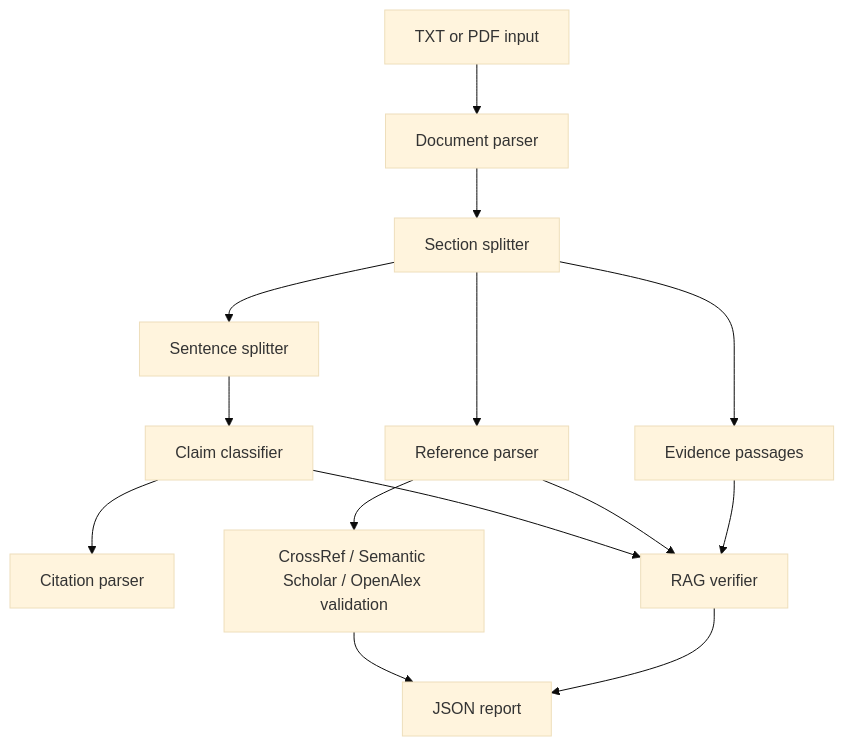
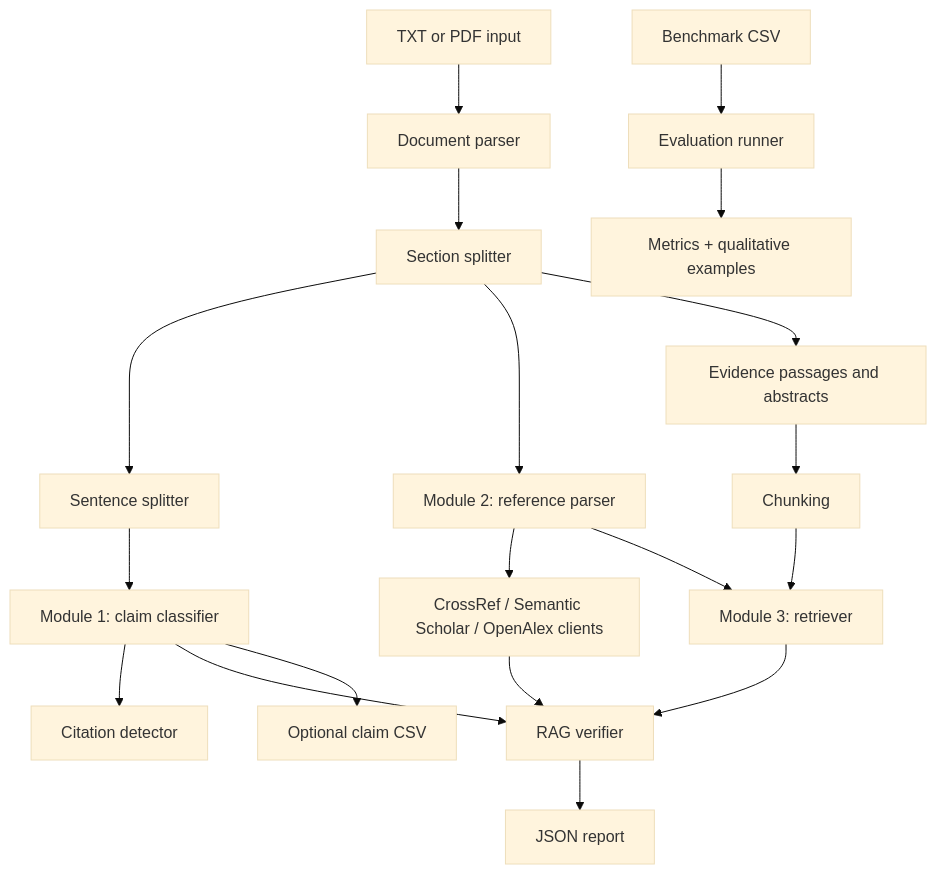
Before and after one commit to Nils-Wagnr/DeepLearning: the diagram in CapStone Project/README.md, drawn with Mermaid (base theme). The commit also changed other lines of this file and 7 other files, not shown here.

First line of the commit message:
Enhance ClaimGuard evaluation framework with expanded benchmark and reporting

````diff
--- a/CapStone Project/README.md
+++ b/CapStone Project/README.md
@@ -66,16 +91,21 @@
 ```mermaid
 flowchart TD
     A[TXT or PDF input] --> B[Document parser]
     B --> C[Section splitter]
     C --> D[Sentence splitter]
-    D --> E[Claim classifier]
-    E --> F[Citation parser]
-    C --> G[Reference parser]
-    G --> H[CrossRef / Semantic Scholar / OpenAlex validation]
-    C --> I[Evidence passages]
-    E --> J[RAG verifier]
-    G --> J
-    I --> J
-    H --> K[JSON report]
-    J --> K
+    D --> E[Module 1: claim classifier]
+    E --> F[Citation detector]
+    C --> G[Module 2: reference parser]
+    G --> H[CrossRef / Semantic Scholar / OpenAlex clients]
+    C --> I[Evidence passages and abstracts]
+    I --> J[Chunking]
+    J --> K[Module 3: retriever]
+    G --> K
+    E --> L[RAG verifier]
+    K --> L
+    H --> L
+    L --> M[JSON report]
+    E --> N[Optional claim CSV]
+    O[Benchmark CSV] --> P[Evaluation runner]
+    P --> Q[Metrics + qualitative examples]
 ```
````
